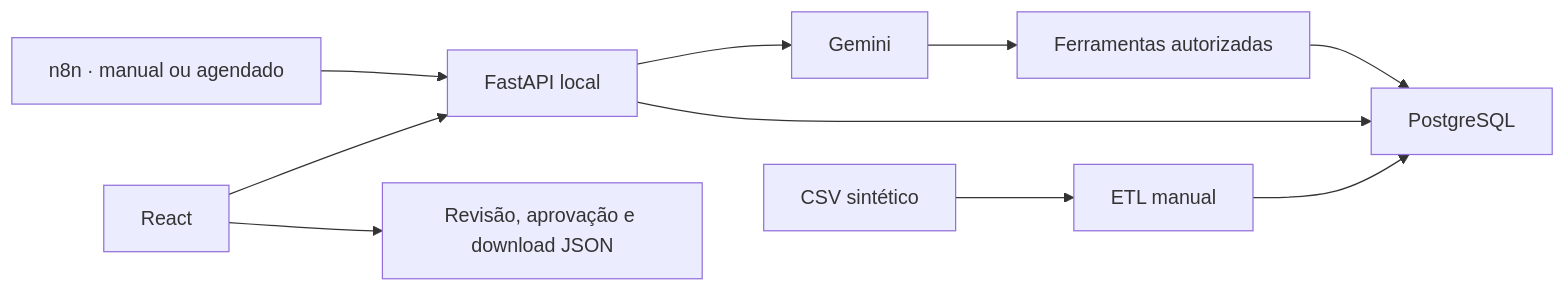
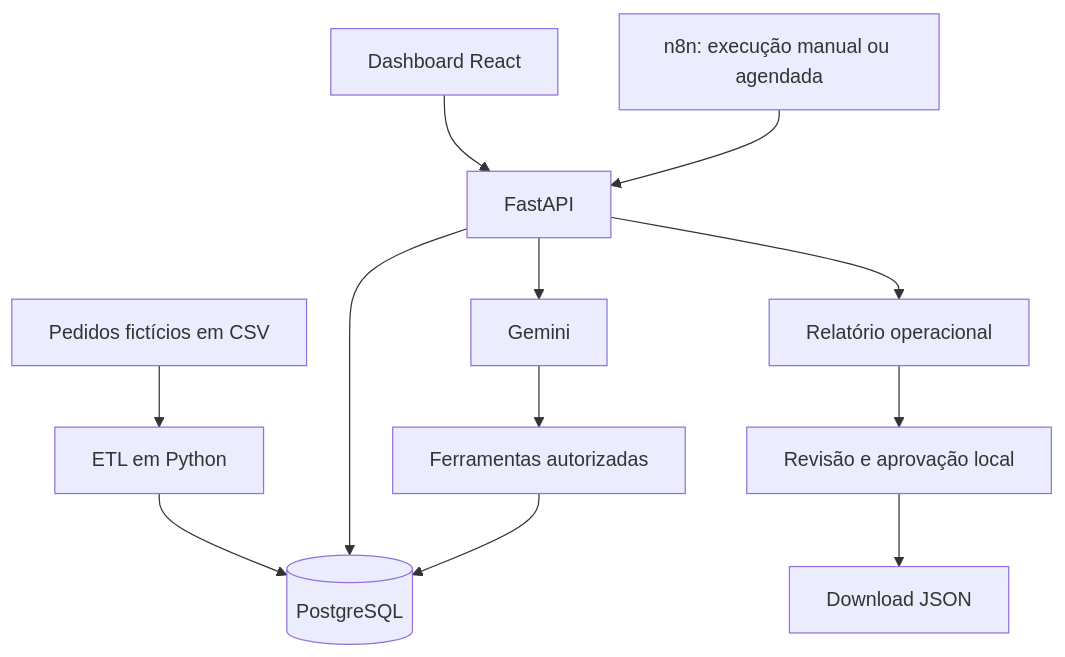
One commit to GabrielTIAlef/agente_inteligencia_operacional changed the diagram in README.md. Above: the diagram before and after it, drawn with Mermaid. The commit also changed other lines of this file, not shown here.

````diff
--- a/README.md
+++ b/README.md
@@ -59,12 +154,18 @@
 ```mermaid
-flowchart LR
-    CSV["CSV sintético"] --> ETL["ETL manual"]
-    ETL --> PG["PostgreSQL"]
-    UI["React"] --> API["FastAPI local"]
-    N8N["n8n · manual ou agendado"] --> API
+flowchart TD
+    CSV["Pedidos fictícios em CSV"] --> ETL["ETL em Python"]
+    ETL --> PG[("PostgreSQL")]
+
+    UI["Dashboard React"] --> API["FastAPI"]
+    N8N["n8n: execução manual ou agendada"] --> API
+
     API --> PG
-    API --> AI["Gemini"]
-    AI --> TOOLS["Ferramentas autorizadas"]
+    API --> GEMINI["Gemini"]
+
+    GEMINI --> TOOLS["Ferramentas autorizadas"]
     TOOLS --> PG
-    UI --> EXPORT["Revisão, aprovação e download JSON"]
+
+    API --> REPORT["Relatório operacional"]
+    REPORT --> APPROVAL["Revisão e aprovação local"]
+    APPROVAL --> EXPORT["Download JSON"]
 ```
````
